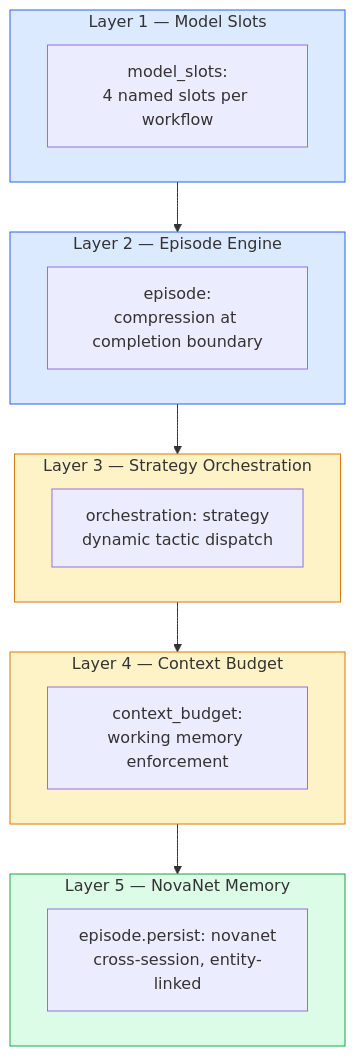
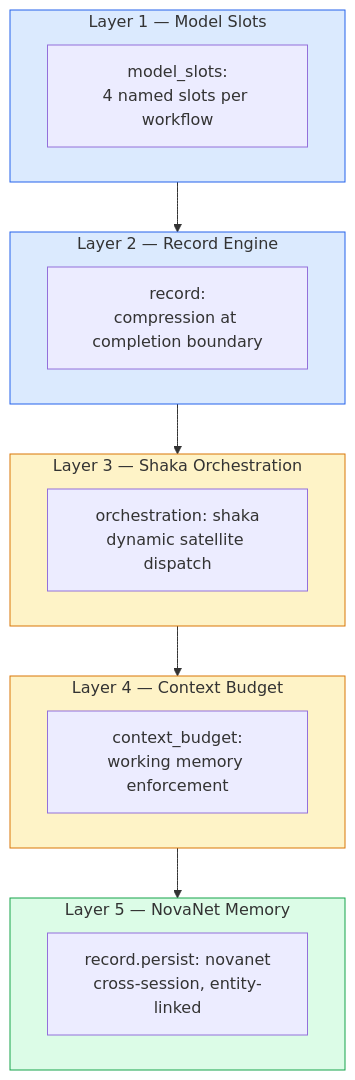
Before and after one commit to supernovae-st/nika: the fourth of 8 diagrams in docs/brainstorm/nika-evolution/07-slate-deep-integration.md, drawn with Mermaid. The commit also changed other lines of this file and 12 other files, not shown here.

````diff
--- a/docs/brainstorm/nika-evolution/07-slate-deep-integration.md
+++ b/docs/brainstorm/nika-evolution/07-slate-deep-integration.md
@@ -165,33 +165,33 @@
 ```mermaid
 flowchart TB
     subgraph L1["Layer 1 — Model Slots"]
         MS["model_slots:\n4 named slots per workflow"]
     end
 
-    subgraph L2["Layer 2 — Episode Engine"]
-        EE["episode:\ncompression at completion boundary"]
+    subgraph L2["Layer 2 — Record Engine"]
+        EE["record:\ncompression at completion boundary"]
     end
 
-    subgraph L3["Layer 3 — Strategy Orchestration"]
-        SO["orchestration: strategy\ndynamic tactic dispatch"]
+    subgraph L3["Layer 3 — Shaka Orchestration"]
+        SO["orchestration: shaka\ndynamic satellite dispatch"]
     end
 
     subgraph L4["Layer 4 — Context Budget"]
         CB["context_budget:\nworking memory enforcement"]
     end
 
     subgraph L5["Layer 5 — NovaNet Memory"]
-        NM["episode.persist: novanet\ncross-session, entity-linked"]
+        NM["record.persist: novanet\ncross-session, entity-linked"]
     end
 
     L1 --> L2
     L2 --> L3
     L3 --> L4
     L4 --> L5
 
     style L1 fill:#dbeafe,stroke:#2563eb
     style L2 fill:#dbeafe,stroke:#2563eb
     style L3 fill:#fef3c7,stroke:#d97706
     style L4 fill:#fef3c7,stroke:#d97706
     style L5 fill:#dcfce7,stroke:#16a34a
 ```
````
